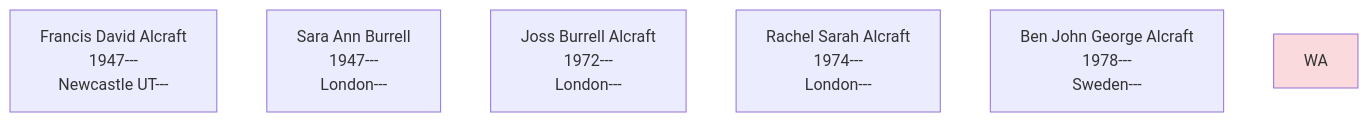
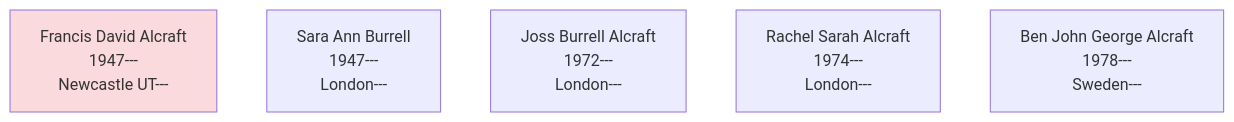
Before and after one commit to RachelAlcraft/family-tree: the diagram in docs/alcraft_1974_rachel.md, drawn with Mermaid.

````diff
--- a/docs/alcraft_1974_rachel.md
+++ b/docs/alcraft_1974_rachel.md
@@ -2,10 +2,10 @@
 ``` mermaid
 flowchart TD  
 FDA[Francis David Alcraft\n1947---\nNewcastle UT---];
 SAB[Sara Ann Burrell\n1947---\nLondon---];
 JBA[Joss Burrell Alcraft\n1972---\nLondon---];
 RSA[Rachel Sarah Alcraft\n1974---\nLondon---];
 BJGA[Ben John George Alcraft\n1978---\nSweden---];
-style WA fill:#FADADD;
-click WA "https://www.thenorthernecho.co.uk/history/8857492.dukes-piper/" "WA";
+style FDA fill:#FADADD;
+click FDA "https://www.thenorthernecho.co.uk/history/8857492.dukes-piper/" "WA";
 ```
````
